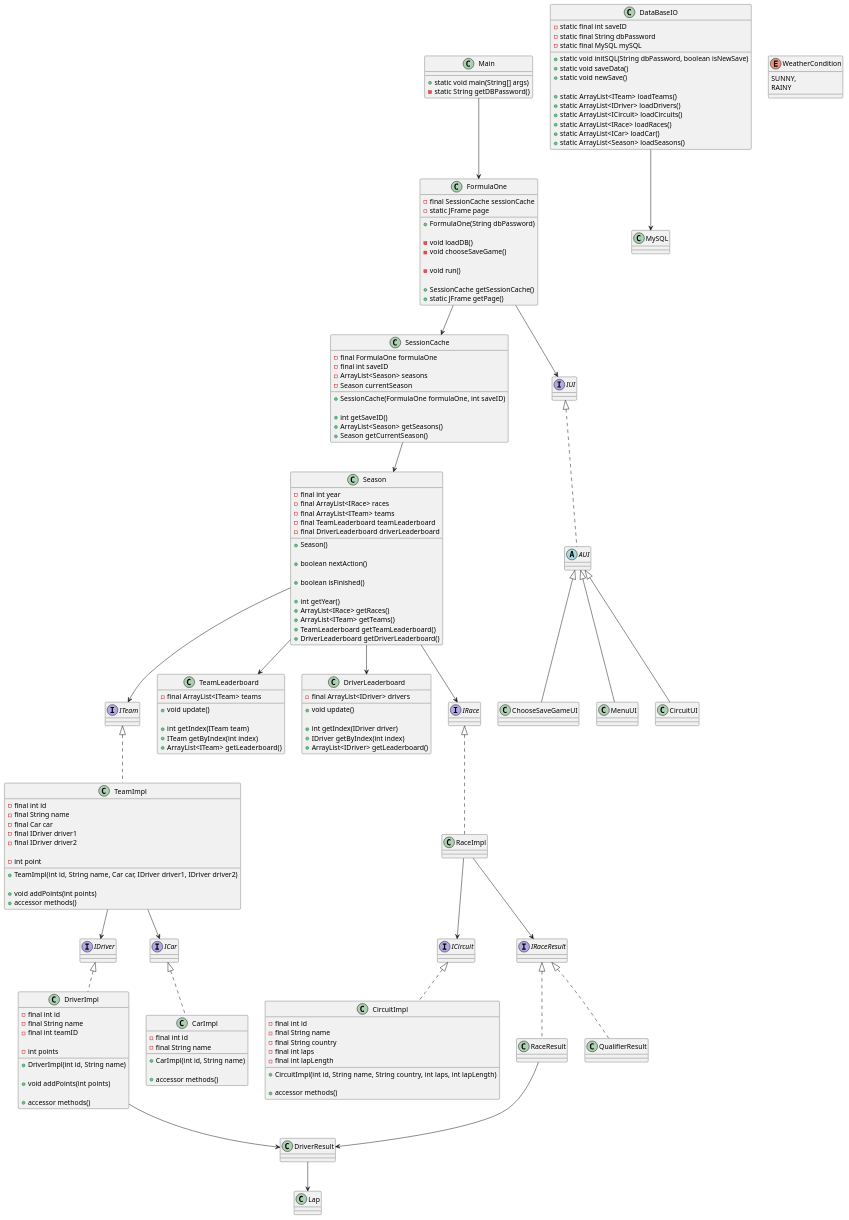
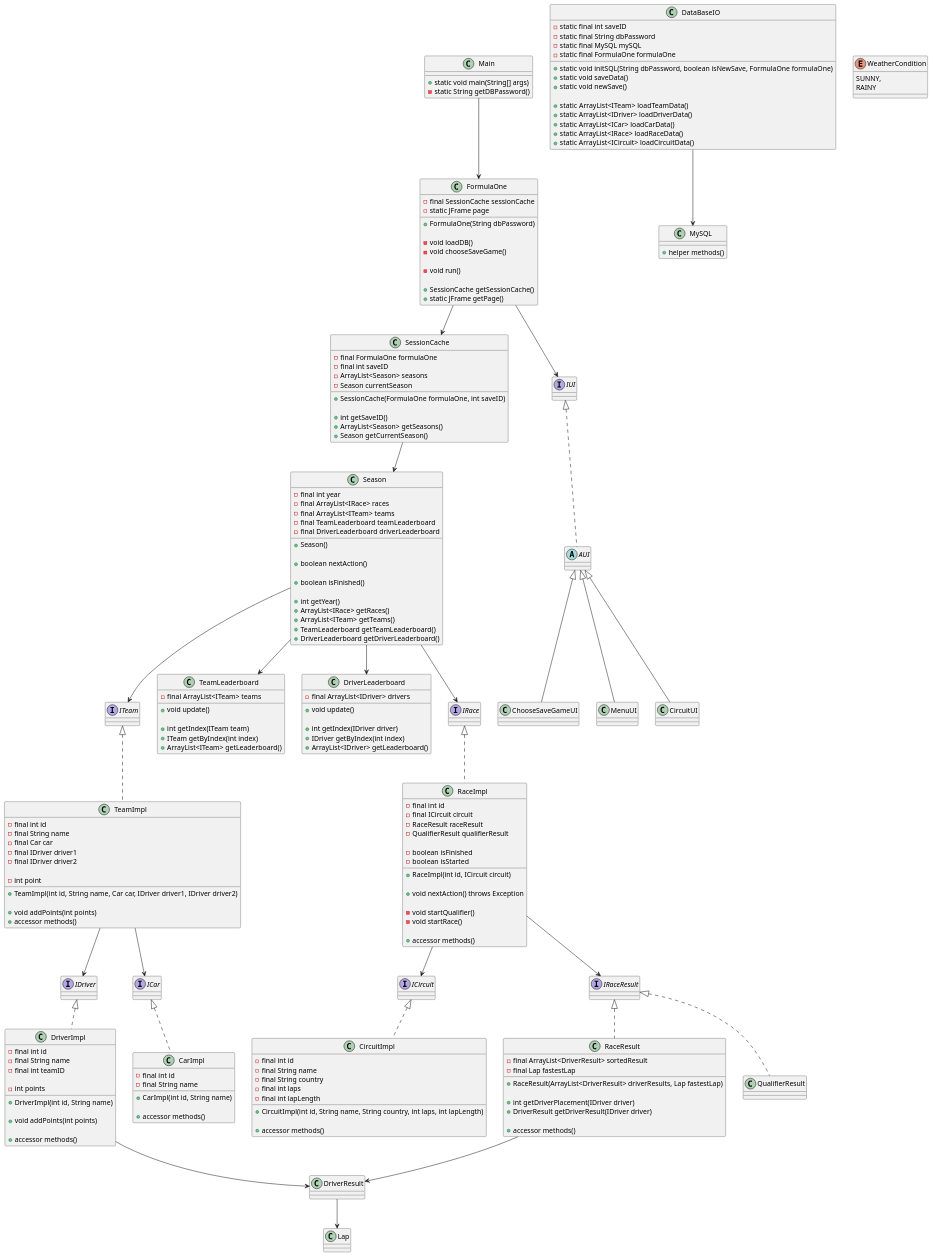
The diagram in Documentation/ClassDiagram_v1.0.puml (Peter537/Dat1-SP4), drawn with PlantUML before and after one commit.

```diff
--- a/Documentation/ClassDiagram_v1.0.puml
+++ b/Documentation/ClassDiagram_v1.0.puml
@@ -134,37 +134,71 @@
     - static final int saveID
     - static final String dbPassword
     - static final MySQL mySQL
+    - static final FormulaOne formulaOne
 
-    + static void initSQL(String dbPassword, boolean isNewSave)
+    + static void initSQL(String dbPassword, boolean isNewSave, FormulaOne formulaOne)
     + static void saveData()
     + static void newSave()
 
-    + static ArrayList<ITeam> loadTeams()
-    + static ArrayList<IDriver> loadDrivers()
-    + static ArrayList<ICircuit> loadCircuits()
-    + static ArrayList<IRace> loadRaces()
-    + static ArrayList<ICar> loadCar()
-    + static ArrayList<Season> loadSeasons()
-    
+    + static ArrayList<ITeam> loadTeamData()
+    + static ArrayList<IDriver> loadDriverData()
+    + static ArrayList<ICar> loadCarData()
+    + static ArrayList<IRace> loadRaceData()
+    + static ArrayList<ICircuit> loadCircuitData()
 }
 
 class MySQL {
-
+    + helper methods()
 }
 
 ' ******************
 ' Race
 ' ******************
 
-class RaceImpl implements IRace { }
+class RaceImpl implements IRace {
+    - final int id
+    - final ICircuit circuit
+    - RaceResult raceResult
+    - QualifierResult qualifierResult
 
-class RaceResult implements IRaceResult { }
+    - boolean isFinished
+    - boolean isStarted
 
-class QualifierResult implements IRaceResult { }
+    + RaceImpl(int id, ICircuit circuit)
 
-class Lap { }
+    + void nextAction() throws Exception
+    ' TODO: Hvilken exception skal smides? evt. lav en custom exception
 
-class DriverResult { }
+    - void startQualifier()
+    - void startRace()
+
+    + accessor methods()
+}
+
+class RaceResult implements IRaceResult {
+    - final ArrayList<DriverResult> sortedResult
+    - final Lap fastestLap
+
+    + RaceResult(ArrayList<DriverResult> driverResults, Lap fastestLap)
+    ' TODO: Vi skal sorterer resultatet vi får ind her
+
+    + int getDriverPlacement(IDriver driver)
+    + DriverResult getDriverResult(IDriver driver)
+
+    + accessor methods()
+}
+
+class QualifierResult implements IRaceResult {
+
+}
+
+class Lap {
+
+}
+
+class DriverResult {
+
+}
 
 ' ******************
 ' UI Classes
```
